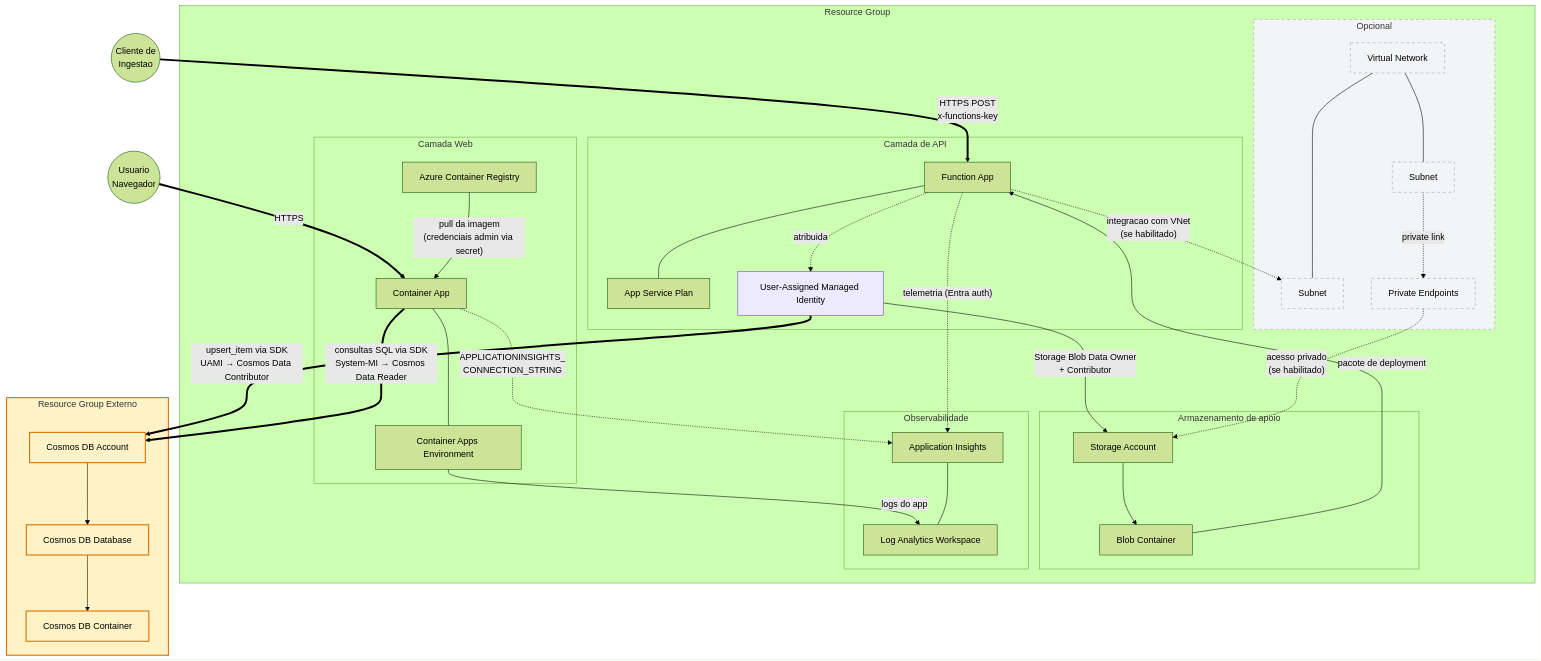
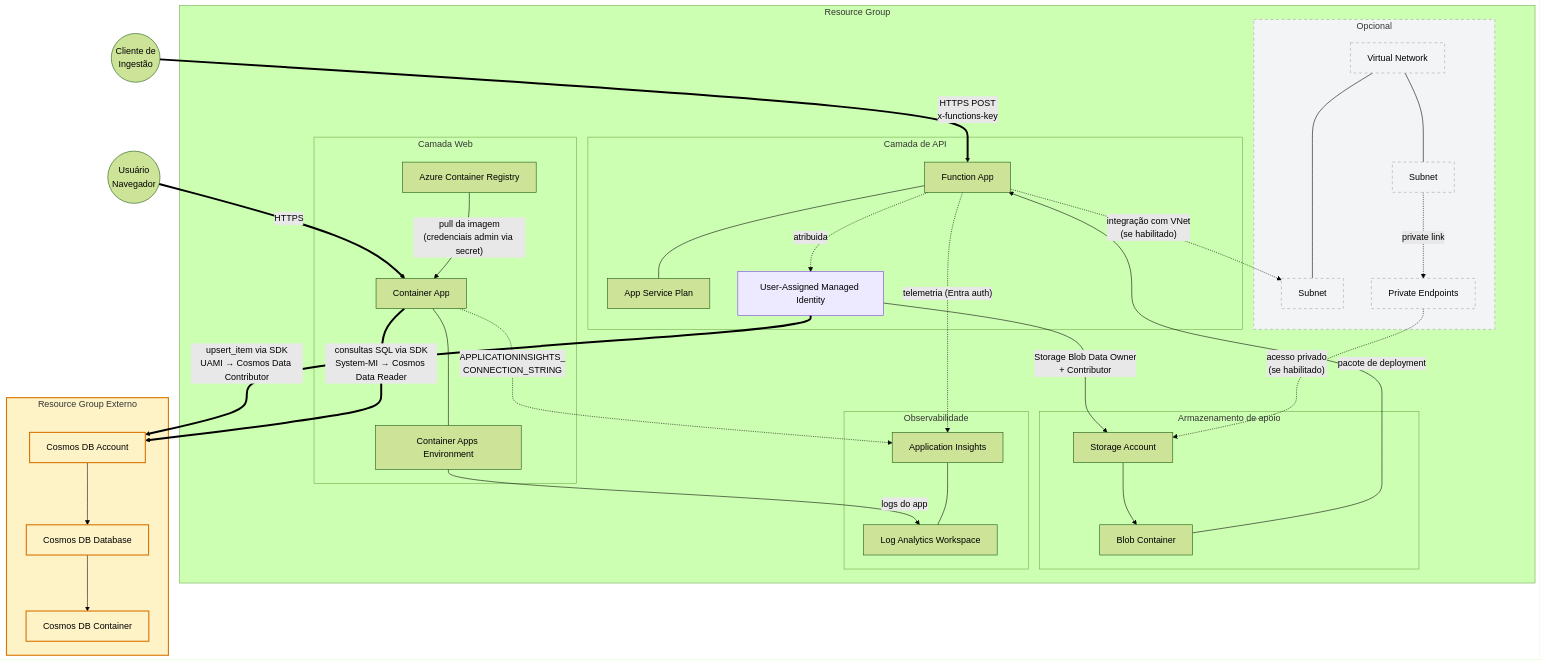
Before and after one commit to digomatos/lab-localhost-porto-alegre: the diagram in docs/lab-instructions/00-overview.md, drawn with Mermaid (forest theme). The commit also changed other lines of this file and 10 other files, not shown here.

````diff
--- a/docs/lab-instructions/00-overview.md
+++ b/docs/lab-instructions/00-overview.md
@@ -11,82 +11,82 @@
 ```mermaid
 graph TB
-    User((Usuario<br/>Navegador))
-    Admin((Cliente de<br/>Ingestao))
+    User((Usuário<br/>Navegador))
+    Admin((Cliente de<br/>Ingestão))
 
     subgraph RG["Resource Group"]
         subgraph Web["Camada Web"]
             ACR["Azure Container Registry"]
             CAE["Container Apps Environment"]
             CA["Container App"]
         end
 
         subgraph Api["Camada de API"]
             ASP["App Service Plan"]
             FUNC["Function App"]
             UAMI["User-Assigned Managed Identity"]
         end
 
         subgraph Storage["Armazenamento de apoio"]
             ST["Storage Account"]
             BLOB["Blob Container"]
         end
 
         subgraph Obs["Observabilidade"]
             LAW["Log Analytics Workspace"]
             AI["Application Insights"]
         end
 
         subgraph VNetOpt["Opcional"]
             VNET["Virtual Network"]
             APPSUB["Subnet"]
             PESUB["Subnet"]
             PE["Private Endpoints"]
         end
     end
 
     subgraph CosmosRG["Resource Group Externo"]
         COSMOS["Cosmos DB Account"]
         DB["Cosmos DB Database"]
         CONT["Cosmos DB Container"]
     end
 
-    %% Fluxos de usuario
+    %% Fluxos de usuário
     User ==>|"HTTPS"| CA
     Admin ==>|"HTTPS POST<br/>x-functions-key"| FUNC
 
     %% Camada web
     ACR -->|"pull da imagem<br/>(credenciais admin via secret)"| CA
     CA --- CAE
     CAE -->|"logs do app"| LAW
 
     %% Camada de API
     FUNC --- ASP
     FUNC -.->|"atribuida"| UAMI
     UAMI -->|"Storage Blob Data Owner<br/>+ Contributor"| ST
     ST --> BLOB
     BLOB -->|"pacote de deployment"| FUNC
 
     %% Plano de dados do Cosmos (cross-RG)
     CA ==>|"consultas SQL via SDK<br/>System-MI → Cosmos Data Reader"| COSMOS
     UAMI ==>|"upsert_item via SDK<br/>UAMI → Cosmos Data Contributor"| COSMOS
     COSMOS --> DB --> CONT
 
     %% Telemetria
     CA -.->|"APPLICATIONINSIGHTS_<br/>CONNECTION_STRING"| AI
     FUNC -.->|"telemetria (Entra auth)"| AI
     AI --- LAW
 
     %% Caminho opcional de VNet
     VNET --- APPSUB
     VNET --- PESUB
-    FUNC -.->|"integracao com VNet<br/>(se habilitado)"| APPSUB
+    FUNC -.->|"integração com VNet<br/>(se habilitado)"| APPSUB
     PESUB -.->|"private link"| PE
     PE -.->|"acesso privado<br/>(se habilitado)"| ST
 
     classDef external fill:#fef3c7,stroke:#d97706,stroke-width:2px;
     classDef optional fill:#f3f4f6,stroke:#9ca3af,stroke-dasharray: 5 5;
     classDef identity fill:#ede9fe,stroke:#7c3aed;
     class COSMOS,DB,CONT,CosmosRG external;
     class VNET,APPSUB,PESUB,PE,VNetOpt optional;
     class UAMI identity;
 ```
````
